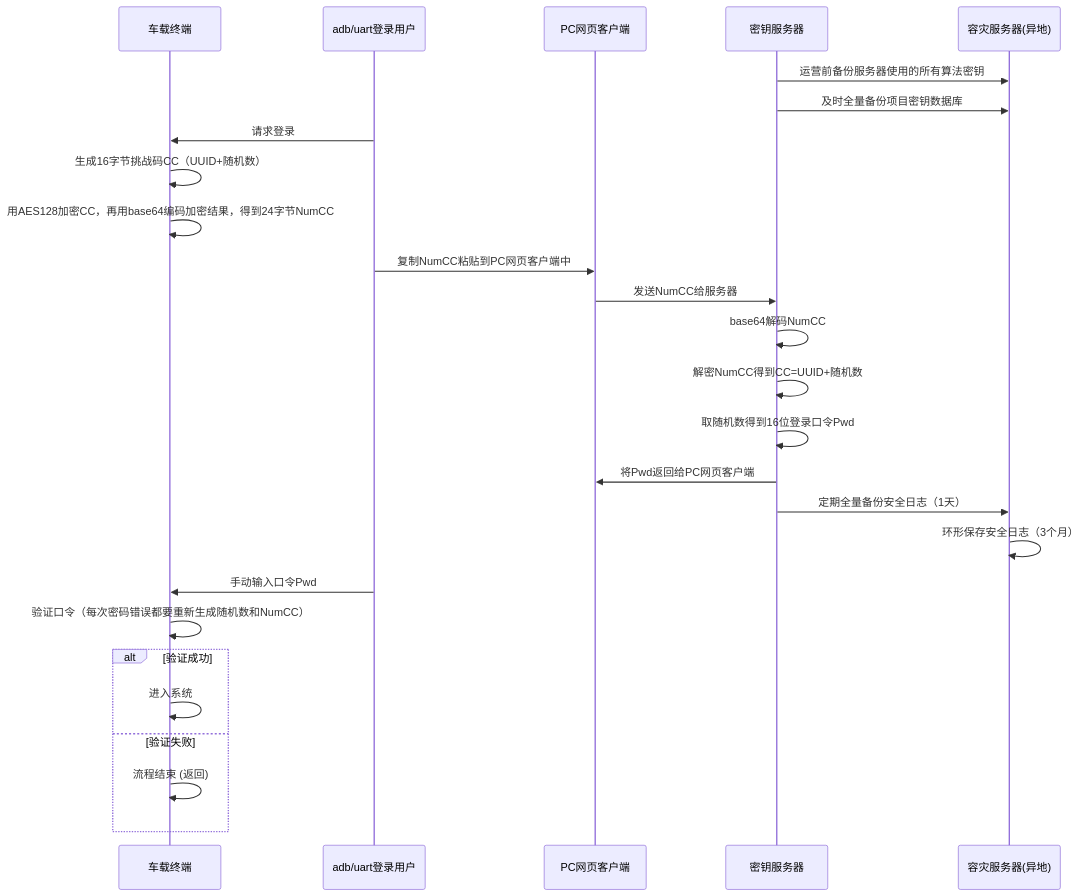
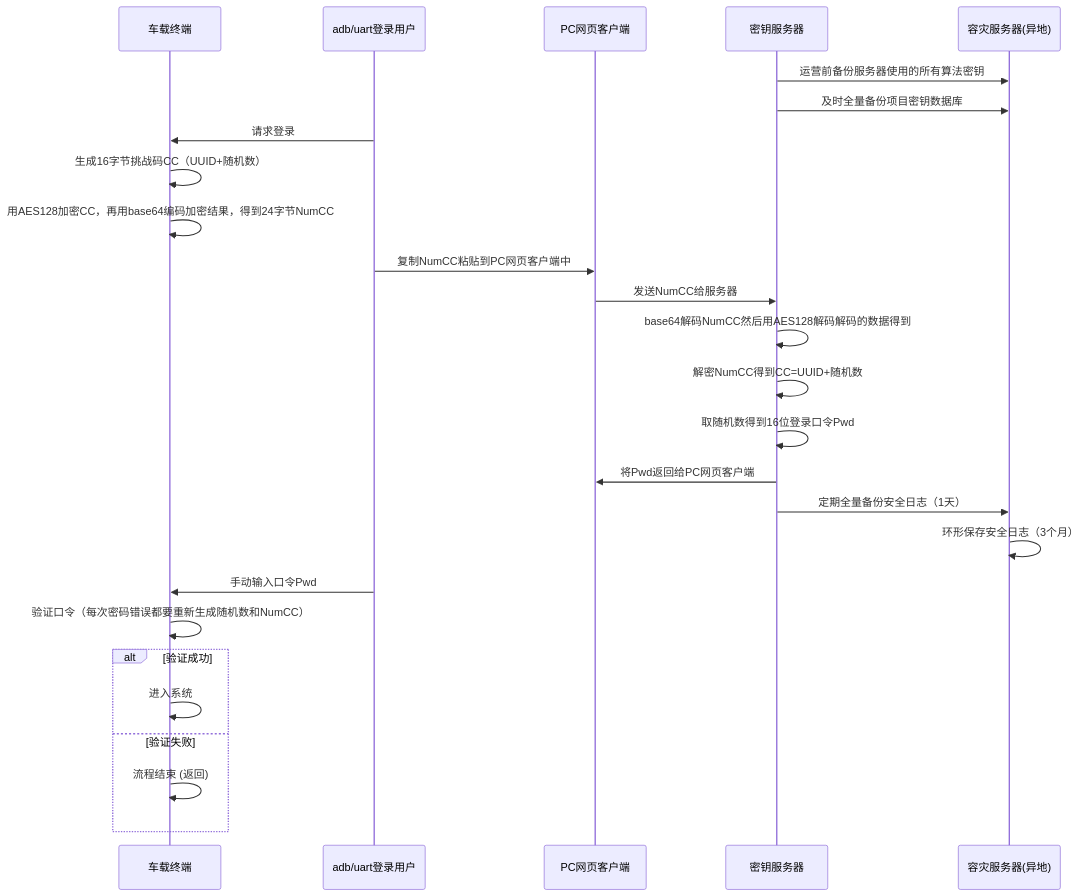
One commit to facebook-cloud/iodraw-files changed the diagram in all/未命名-19.md. Above: the diagram before and after it, drawn with Mermaid.

Commit message:
2026-03-19 16:47:43 update

````diff
--- a/all/未命名-19.md
+++ b/all/未命名-19.md
@@ -1,33 +1,33 @@
 ```mermaid
 sequenceDiagram
     participant tbox as 车载终端
     participant user as adb/uart登录用户
     participant pc as PC网页客户端
     participant tech_center as 密钥服务器
     participant backup as 容灾服务器(异地)
   
     tech_center->>backup: 运营前备份服务器使用的所有算法密钥
     tech_center->>backup: 及时全量备份项目密钥数据库
 
     user->>tbox: 请求登录
     tbox->>tbox: 生成16字节挑战码CC（UUID+随机数）
     tbox->>tbox: 用AES128加密CC，再用base64编码加密结果，得到24字节NumCC
     user->>pc: 复制NumCC粘贴到PC网页客户端中
     pc->>tech_center: 发送NumCC给服务器
-    tech_center->>tech_center: base64解码NumCC
+    tech_center->>tech_center: base64解码NumCC然后用AES128解码解码的数据得到
     tech_center->>tech_center: 解密NumCC得到CC=UUID+随机数
     tech_center->>tech_center: 取随机数得到16位登录口令Pwd
     tech_center->>pc: 将Pwd返回给PC网页客户端
 
     tech_center->>backup: 定期全量备份安全日志（1天）
     backup->>backup: 环形保存安全日志（3个月）
     user->>tbox: 手动输入口令Pwd
     tbox->>tbox: 验证口令（每次密码错误都要重新生成随机数和NumCC）
     alt 验证成功
         tbox->>tbox: 进入系统
     else 验证失败
         tbox->>tbox: 流程结束 (返回)
     end
 
 
 ```
````
